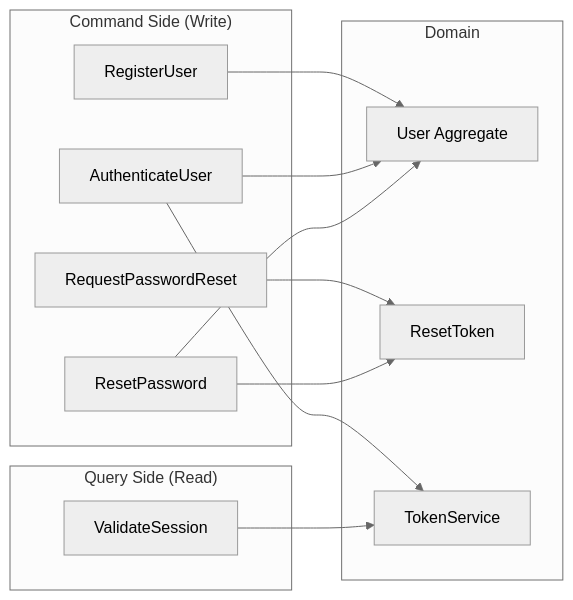
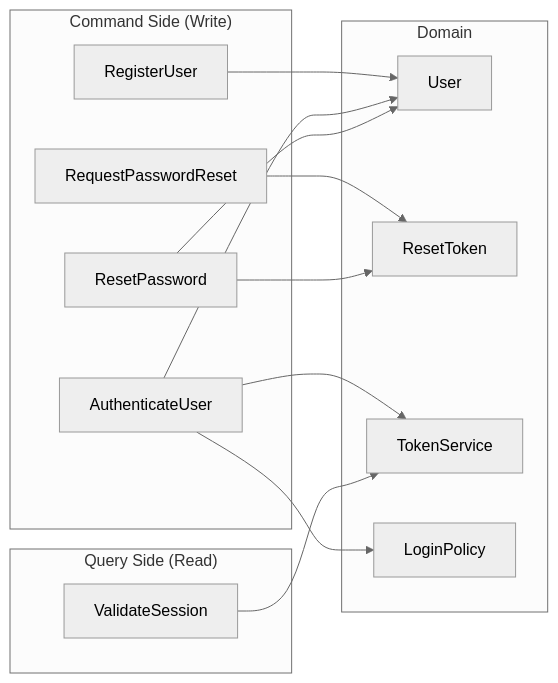
One commit to blackyblack/engineer-challenge changed the second of 2 diagrams in README.md. Above: the diagram before and after it, drawn with Mermaid (neutral theme). The commit also changed other lines of this file and 27 other files, not shown here.

````diff
--- a/README.md
+++ b/README.md
@@ -88,27 +89,29 @@
 ```mermaid
 graph LR
     subgraph "Command Side (Write)"
         RC[RegisterUser]
         AC[AuthenticateUser]
         RPC[RequestPasswordReset]
         RSC[ResetPassword]
     end
 
     subgraph "Query Side (Read)"
         VS[ValidateSession]
     end
 
     subgraph "Domain"
-        U[User Aggregate]
+        U[User]
         RT[ResetToken]
         TS[TokenService]
+        LP[LoginPolicy]
     end
 
     RC --> U
     AC --> U
     AC --> TS
+    AC --> LP
     RPC --> RT
     RSC --> U
     RSC --> RT
     VS --> TS
 ```
````
